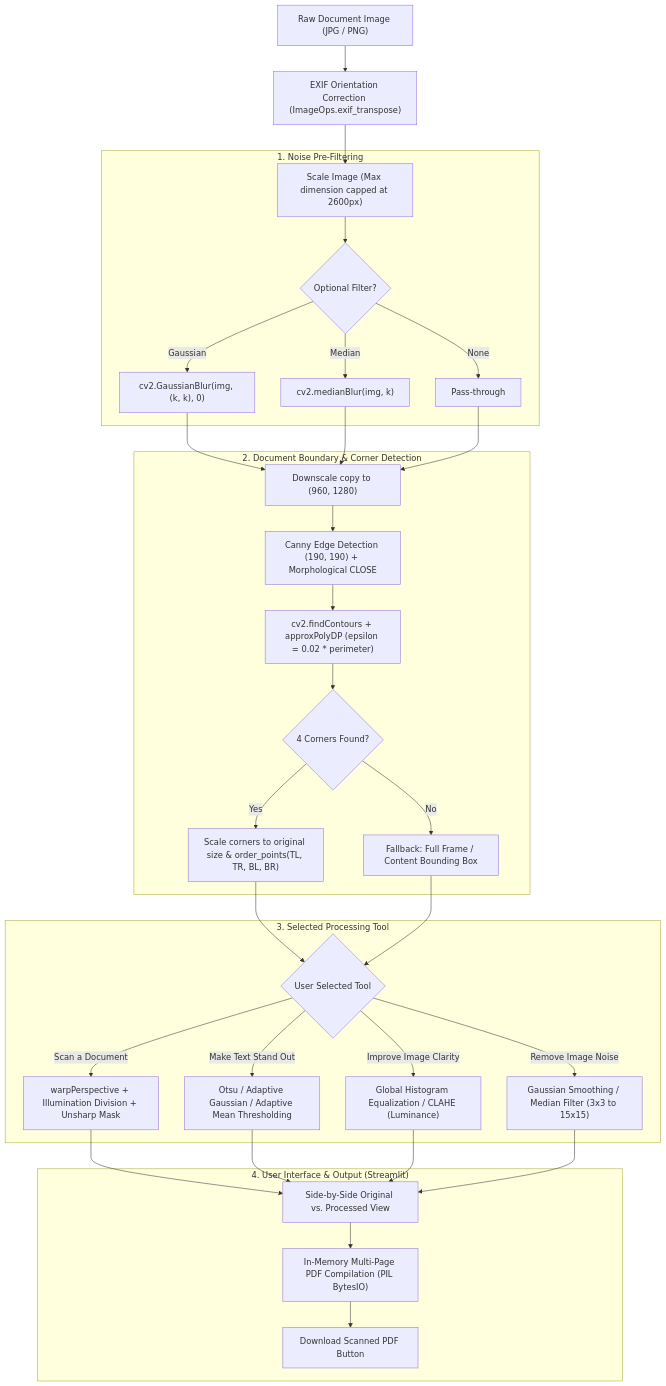
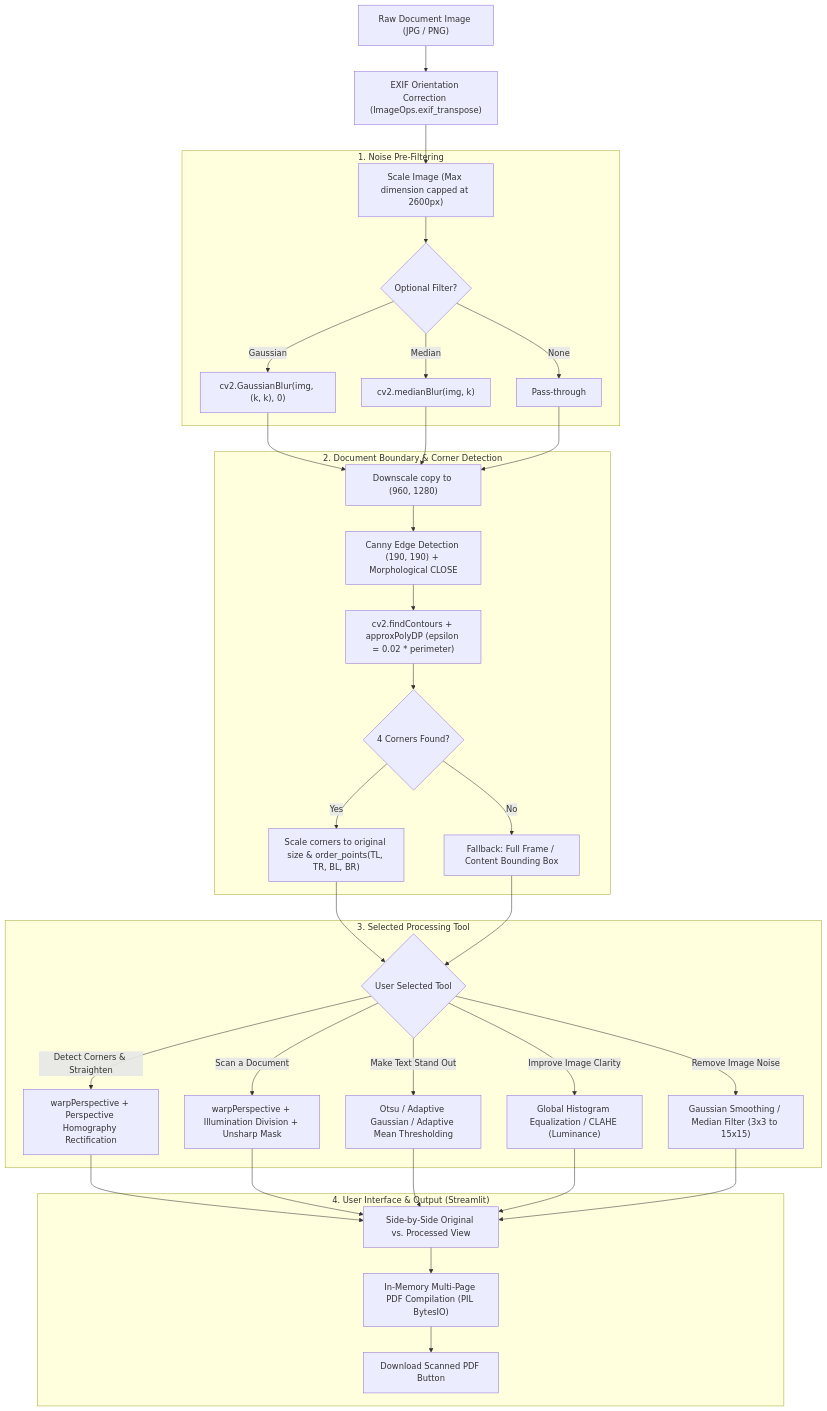
Before and after one commit to Neelam-3432/Section-C_Team_Number-15: the diagram in README.md, drawn with Mermaid. The commit also changed other lines of this file and 4 other files, not shown here.

````diff
--- a/README.md
+++ b/README.md
@@ -103,35 +103,36 @@
 ```mermaid
 flowchart TD
     A["Raw Document Image (JPG / PNG)"] --> B["EXIF Orientation Correction (ImageOps.exif_transpose)"]
     B --> C["Scale Image (Max dimension capped at 2600px)"]
 
     subgraph S1["1. Noise Pre-Filtering "]
         C --> D{"Optional Filter?"}
         D -->|Gaussian| D1["cv2.GaussianBlur(img, (k, k), 0)"]
         D -->|Median| D2["cv2.medianBlur(img, k)"]
         D -->|None| D3["Pass-through"]
     end
 
     subgraph S2["2. Document Boundary & Corner Detection "]
         D1 & D2 & D3 --> E1["Downscale copy to (960, 1280)"]
         E1 --> E2["Canny Edge Detection (190, 190) + Morphological CLOSE"]
         E2 --> E3["cv2.findContours + approxPolyDP (epsilon = 0.02 * perimeter)"]
         E3 --> E4{"4 Corners Found?"}
         E4 -->|Yes| E5["Scale corners to original size & order_points(TL, TR, BL, BR)"]
         E4 -->|No| E6["Fallback: Full Frame / Content Bounding Box"]
     end
 
     subgraph S3["3. Selected Processing Tool"]
         E5 & E6 --> F{"User Selected Tool"}
+        F -->|Detect Corners & Straighten| G0["warpPerspective + Perspective Homography Rectification"]
         F -->|Scan a Document| G1["warpPerspective + Illumination Division + Unsharp Mask"]
         F -->|Make Text Stand Out| G2["Otsu / Adaptive Gaussian / Adaptive Mean Thresholding"]
         F -->|Improve Image Clarity| G3["Global Histogram Equalization / CLAHE (Luminance)"]
         F -->|Remove Image Noise| G4["Gaussian Smoothing / Median Filter (3x3 to 15x15)"]
     end
 
     subgraph S4["4. User Interface & Output (Streamlit)"]
-        G1 & G2 & G3 & G4 --> H1["Side-by-Side Original vs. Processed View"]
+        G0 & G1 & G2 & G3 & G4 --> H1["Side-by-Side Original vs. Processed View"]
         H1 --> H3["In-Memory Multi-Page PDF Compilation (PIL BytesIO)"]
         H3 --> H4["Download Scanned PDF Button"]
     end
 ```
````
